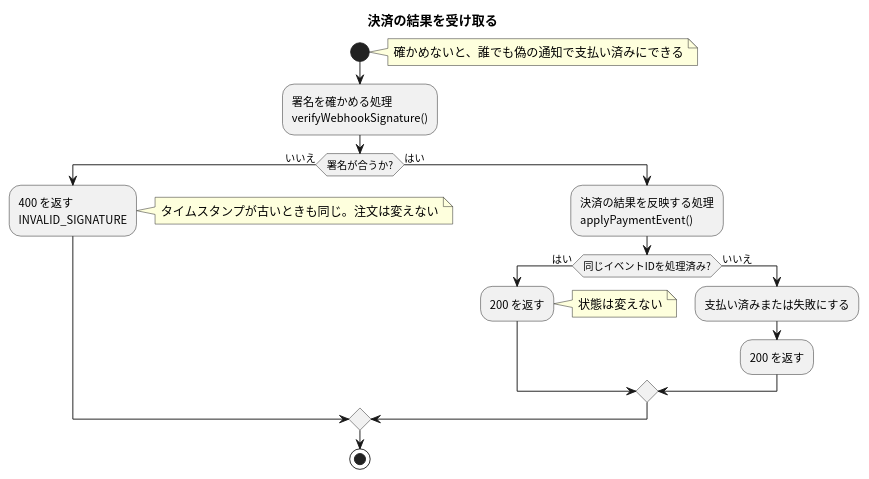
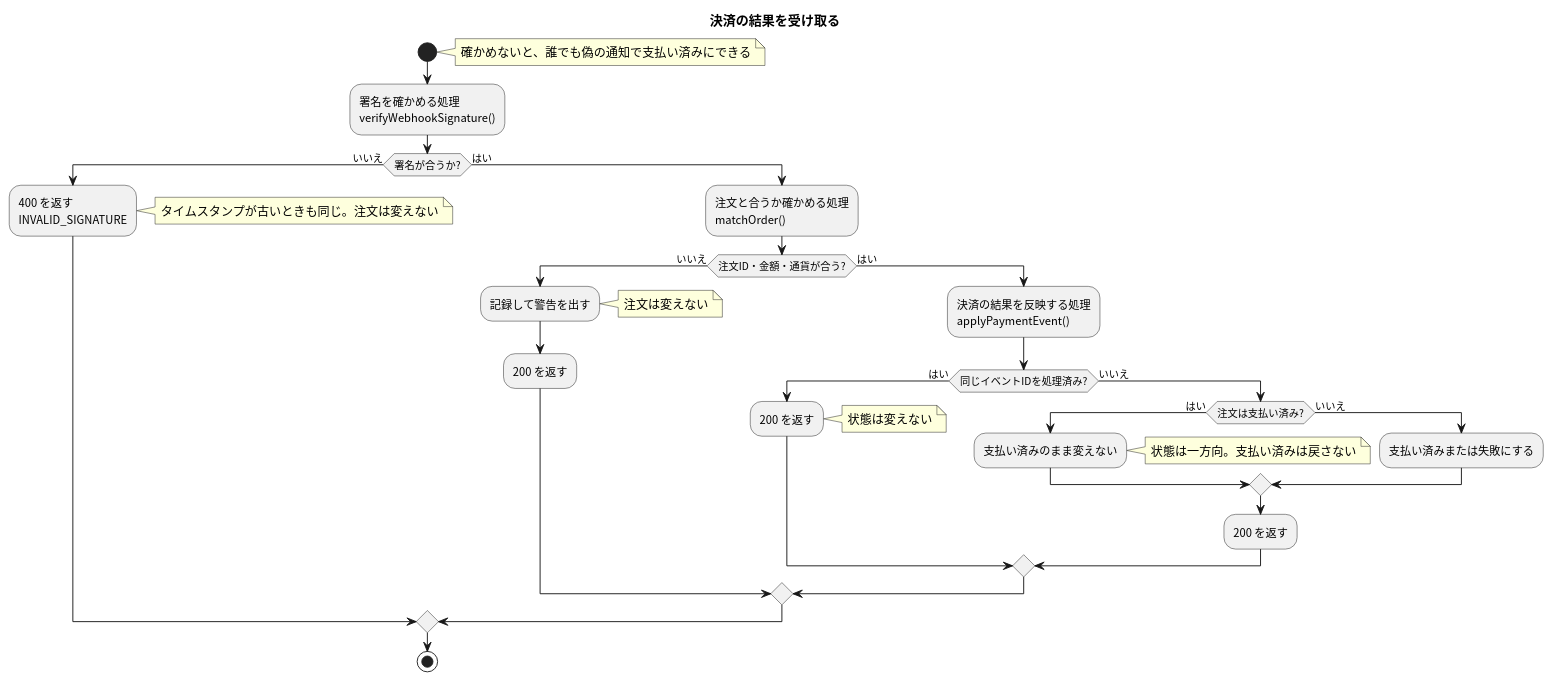
Before and after one commit to masamasamasato/design-doc-template: the diagram in apis/payment-webhook/flow.puml, drawn with PlantUML. The commit also changed 57 other files, not shown here.

```diff
--- a/apis/payment-webhook/flow.puml
+++ b/apis/payment-webhook/flow.puml
@@ -3,25 +3,37 @@
 @startuml
 skinparam shadowing false
 skinparam defaultFontName "Noto Sans CJK JP"
 skinparam ActivityFontName "Noto Sans CJK JP"
 
 title 決済の結果を受け取る
 
 start
 note right: 確かめないと、誰でも偽の通知で支払い済みにできる
 :署名を確かめる処理\nverifyWebhookSignature();
 if (署名が合うか?) then (いいえ)
   :400 を返す\nINVALID_SIGNATURE;
   note right: タイムスタンプが古いときも同じ。注文は変えない
 else (はい)
-  :決済の結果を反映する処理\napplyPaymentEvent();
-  if (同じイベントIDを処理済み?) then (はい)
+  :注文と合うか確かめる処理\nmatchOrder();
+  if (注文ID・金額・通貨が合う?) then (いいえ)
+    :記録して警告を出す;
+    note right: 注文は変えない
     :200 を返す;
-    note right: 状態は変えない
-  else (いいえ)
-    :支払い済みまたは失敗にする;
-    :200 を返す;
+  else (はい)
+    :決済の結果を反映する処理\napplyPaymentEvent();
+    if (同じイベントIDを処理済み?) then (はい)
+      :200 を返す;
+      note right: 状態は変えない
+    else (いいえ)
+      if (注文は支払い済み?) then (はい)
+        :支払い済みのまま変えない;
+        note right: 状態は一方向。支払い済みは戻さない
+      else (いいえ)
+        :支払い済みまたは失敗にする;
+      endif
+      :200 を返す;
+    endif
   endif
 endif
 stop
 @enduml
```
